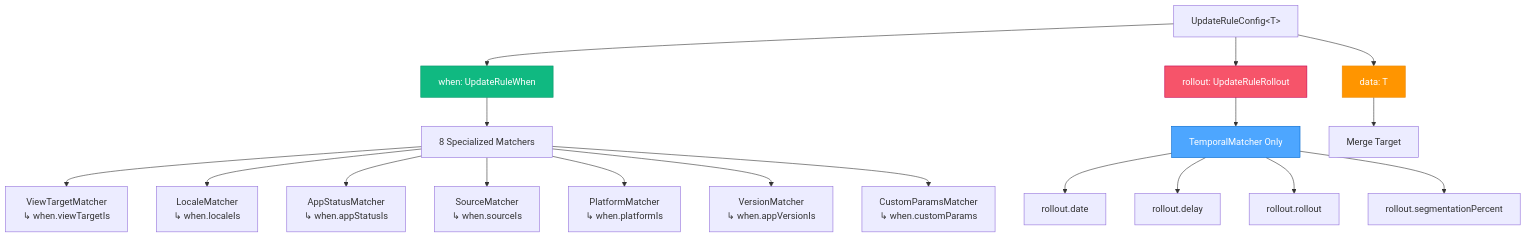
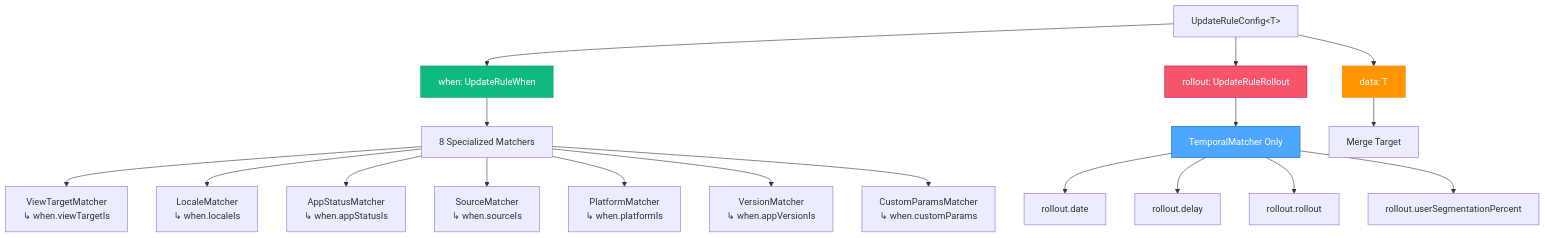
The third of 4 diagrams in app_update/memory-bank/docs/resolver.md (StarProxima/dev_kit), drawn with Mermaid before and after one commit. The commit also changed other lines of this file and 31 other files, not shown here.

````diff
--- a/app_update/memory-bank/docs/resolver.md
+++ b/app_update/memory-bank/docs/resolver.md
@@ -1837,28 +1837,28 @@
 ```mermaid
 graph TD
     Rule["UpdateRuleConfig&lt;T&gt;"] --> When["when: UpdateRuleWhen"]
     Rule --> Rollout["rollout: UpdateRuleRollout"]
     Rule --> Data["data: T"]
     
     When --> Matchers["8 Specialized Matchers"]
     Rollout --> TemporalMatcher["TemporalMatcher Only"]
     Data --> MergeTarget["Merge Target"]
     
     Matchers --> M1["ViewTargetMatcher<br>↳ when.viewTargetIs"]
     Matchers --> M2["LocaleMatcher<br>↳ when.localeIs"]
     Matchers --> M3["AppStatusMatcher<br>↳ when.appStatusIs"]
     Matchers --> M4["SourceMatcher<br>↳ when.sourceIs"]
     Matchers --> M5["PlatformMatcher<br>↳ when.platformIs"]  
     Matchers --> M6["VersionMatcher<br>↳ when.appVersionIs"]
     Matchers --> M7["CustomParamsMatcher<br>↳ when.customParams"]
     
     TemporalMatcher --> T1["rollout.date"]
     TemporalMatcher --> T2["rollout.delay"]
     TemporalMatcher --> T3["rollout.rollout"]
-    TemporalMatcher --> T4["rollout.segmentationPercent"]
+    TemporalMatcher --> T4["rollout.userSegmentationPercent"]
     
     style When fill:#10b981,stroke:#059669,color:white
     style Rollout fill:#f6546a,stroke:#c30052,color:white
     style Data fill:#ff9500,stroke:#e8890a,color:white
     style TemporalMatcher fill:#4da6ff,stroke:#0066cc,color:white
 ```
````
